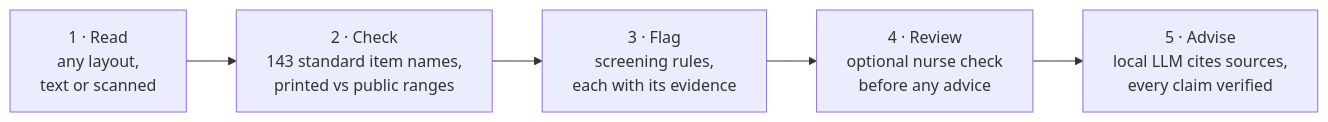
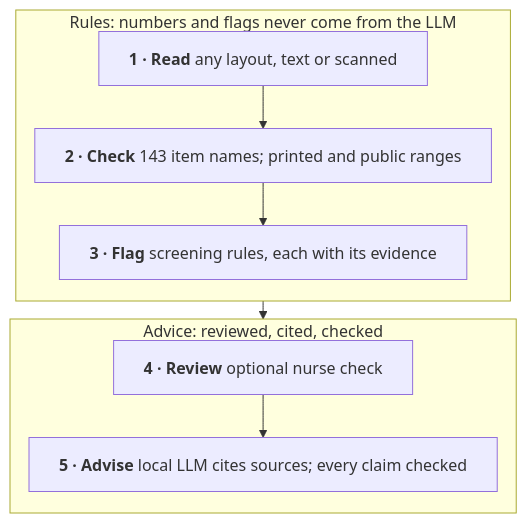
The first of 2 diagrams in README.md (Washyu0826/health-report-reader), drawn with Mermaid before and after one commit. The commit also changed other lines of this file and 1 other file, not shown here.

Commit message:
README: readable flowcharts on GitHub, shorter code lines, top-aligned screens

````diff
--- a/README.md
+++ b/README.md
@@ -20,7 +20,13 @@
 ```mermaid
-flowchart LR
-    A["1 · Read<br/>any layout,<br/>text or scanned"] --> B["2 · Check<br/>143 standard item names,<br/>printed vs public ranges"]
-    B --> C["3 · Flag<br/>screening rules,<br/>each with its evidence"]
-    C --> D["4 · Review<br/>optional nurse check<br/>before any advice"]
-    D --> E["5 · Advise<br/>local LLM cites sources,<br/>every claim verified"]
+%%{init: {"flowchart": {"rankSpacing": 18, "nodeSpacing": 18, "wrappingWidth": 460}}}%%
+flowchart TB
+    subgraph R ["Rules: numbers and flags never come from the LLM"]
+        direction TB
+        A["<b>1 · Read</b> any layout, text or scanned"] --> B["<b>2 · Check</b> 143 item names; printed and public ranges"] --> C["<b>3 · Flag</b> screening rules, each with its evidence"]
+    end
+    subgraph L ["Advice: reviewed, cited, checked"]
+        direction TB
+        D["<b>4 · Review</b> optional nurse check"] --> E["<b>5 · Advise</b> local LLM cites sources; every claim checked"]
+    end
+    R --> L
 ```
````
